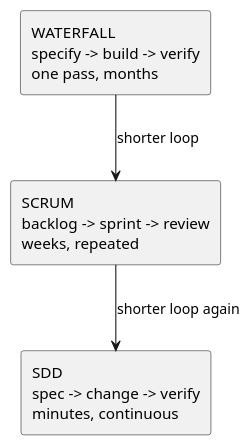
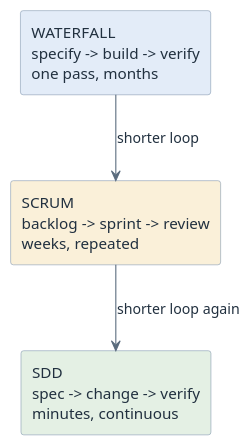
One commit to htl-leonding-college/curriculum-syp3 changed the diagram in modules/process-models-overview/index.adoc. Above: the diagram before and after it, drawn with PlantUML. The commit also changed 65 other files, not shown here.

First line of the commit message:
feat(site): give the diagrams a semantic pastel palette

```diff
--- a/modules/process-models-overview/index.adoc
+++ b/modules/process-models-overview/index.adoc
@@ -55,12 +55,15 @@
 [plantuml,three-tempos,svg]
 ----
 @startuml
-skinparam monochrome true
+<style>
+element { BackgroundColor #EDF3FA; LineColor #7C93AD; FontColor #21303F }
+arrow { LineColor #5A6B7D; FontColor #21303F }
+</style>
 skinparam shadowing false
-rectangle "WATERFALL\nspecify -> build -> verify\none pass, months" as W
-rectangle "SCRUM\nbacklog -> sprint -> review\nweeks, repeated" as S
-rectangle "SDD\nspec -> change -> verify\nminutes, continuous" as D
+rectangle "WATERFALL\nspecify -> build -> verify\none pass, months" as W #E3ECF8
+rectangle "SCRUM\nbacklog -> sprint -> review\nweeks, repeated" as S #FAF0D9
+rectangle "SDD\nspec -> change -> verify\nminutes, continuous" as D #E4F0E4
 W -down-> S : shorter loop
 S -down-> D : shorter loop again
 @enduml
 ----
```
